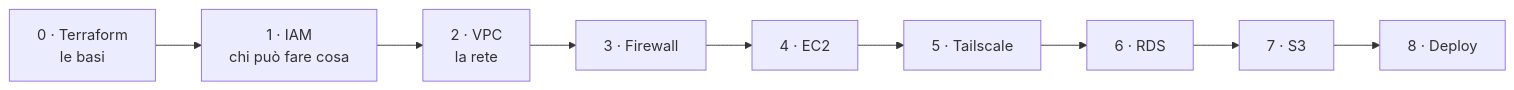
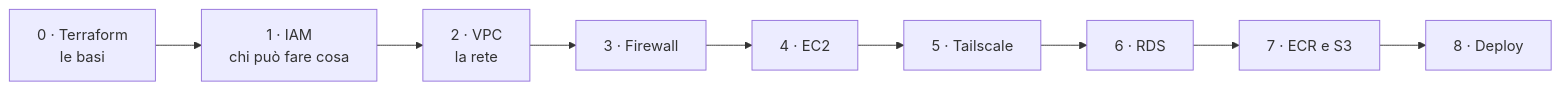
Before and after one commit to cereZ23/aws: the diagram in README.md, drawn with Mermaid. The commit also changed other lines of this file and 3 other files, not shown here.

````diff
--- a/README.md
+++ b/README.md
@@ -17,11 +17,11 @@
 ```mermaid
 flowchart LR
     L0["0 · Terraform<br/>le basi"] --> L1["1 · IAM<br/>chi può fare cosa"]
     L1 --> L2["2 · VPC<br/>la rete"]
     L2 --> L3["3 · Firewall"]
     L3 --> L4["4 · EC2"]
     L4 --> L5["5 · Tailscale"]
     L5 --> L6["6 · RDS"]
-    L6 --> L7["7 · S3"]
+    L6 --> L7["7 · ECR e S3"]
     L7 --> L8["8 · Deploy"]
 ```
````
